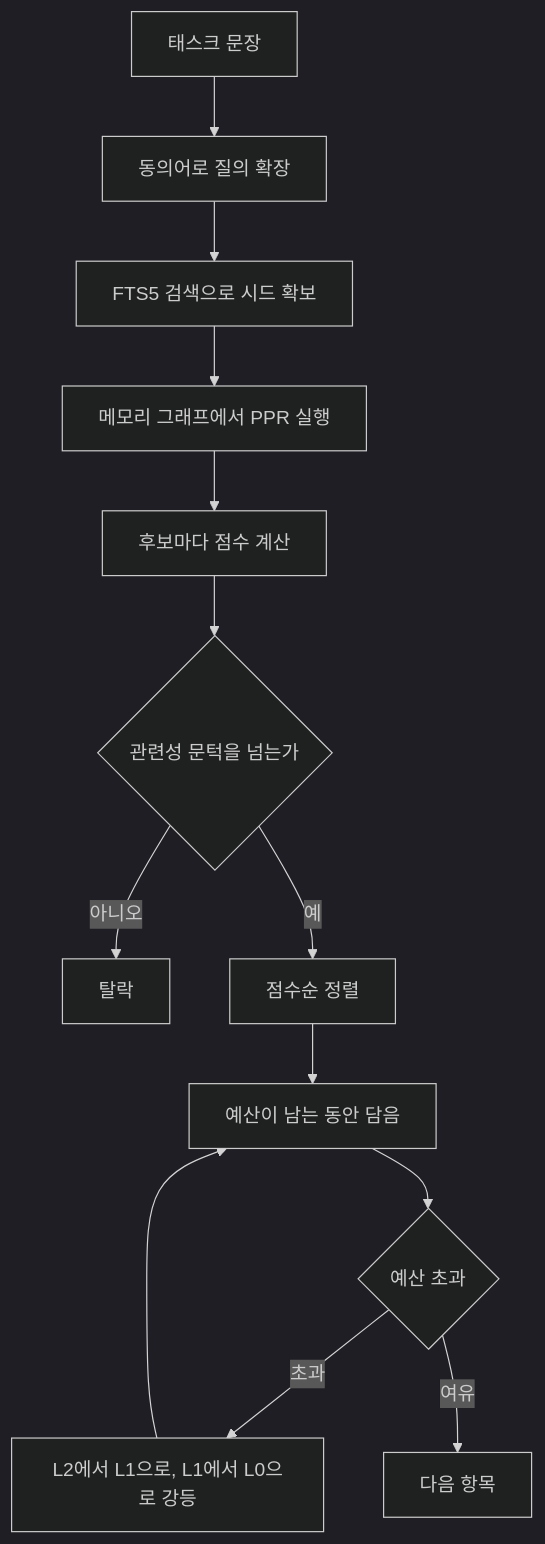
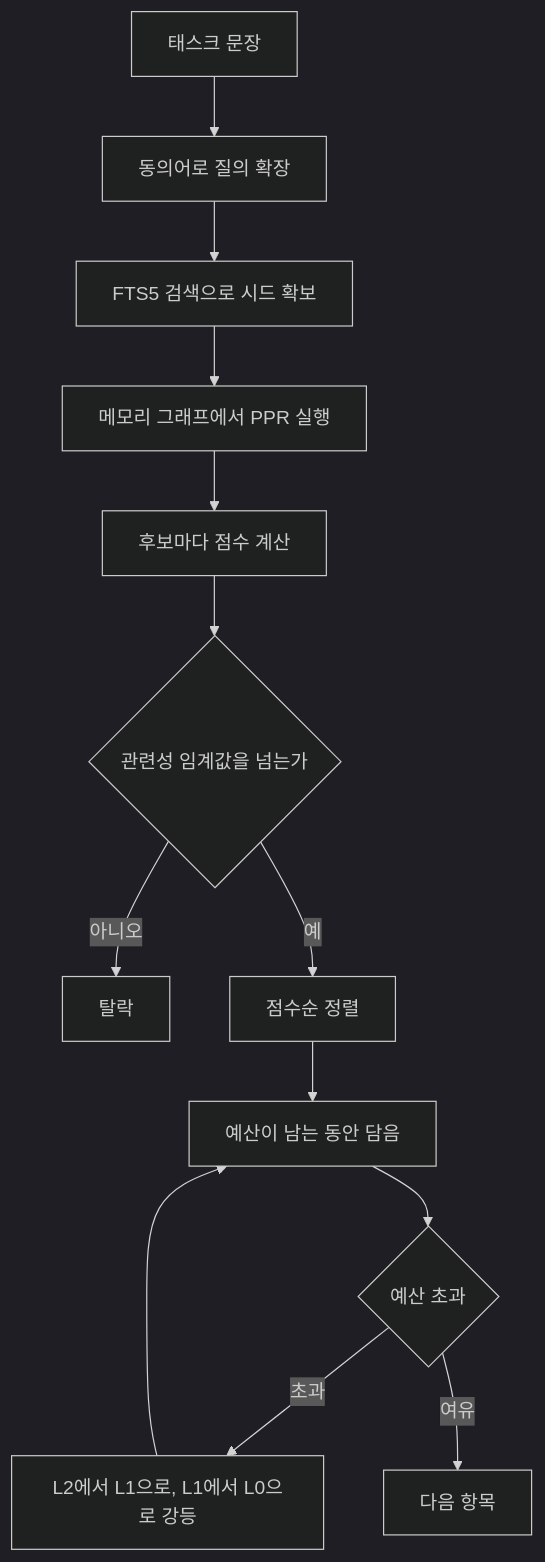
One commit to iwindfree/nunchi changed the diagram in book/src/nunchi/08-pack.md. Above: the diagram before and after it, drawn with Mermaid (dark theme). The commit also changed other lines of this file and 22 other files, not shown here.

````diff
--- a/book/src/nunchi/08-pack.md
+++ b/book/src/nunchi/08-pack.md
@@ -17,15 +17,15 @@
 ```mermaid
 flowchart TD
     A["태스크 문장"] --> B[동의어로 질의 확장]
     B --> C["FTS5 검색으로 시드 확보"]
     C --> D["메모리 그래프에서 PPR 실행"]
     D --> E[후보마다 점수 계산]
-    E --> F{관련성 문턱을 넘는가}
+    E --> F{관련성 임계값을 넘는가}
     F -->|아니오| G[탈락]
     F -->|예| H[점수순 정렬]
     H --> I[예산이 남는 동안 담음]
     I --> J{예산 초과}
     J -->|초과| K["L2에서 L1으로, L1에서 L0으로 강등"]
     K --> I
     J -->|여유| L[다음 항목]
 ```
````
